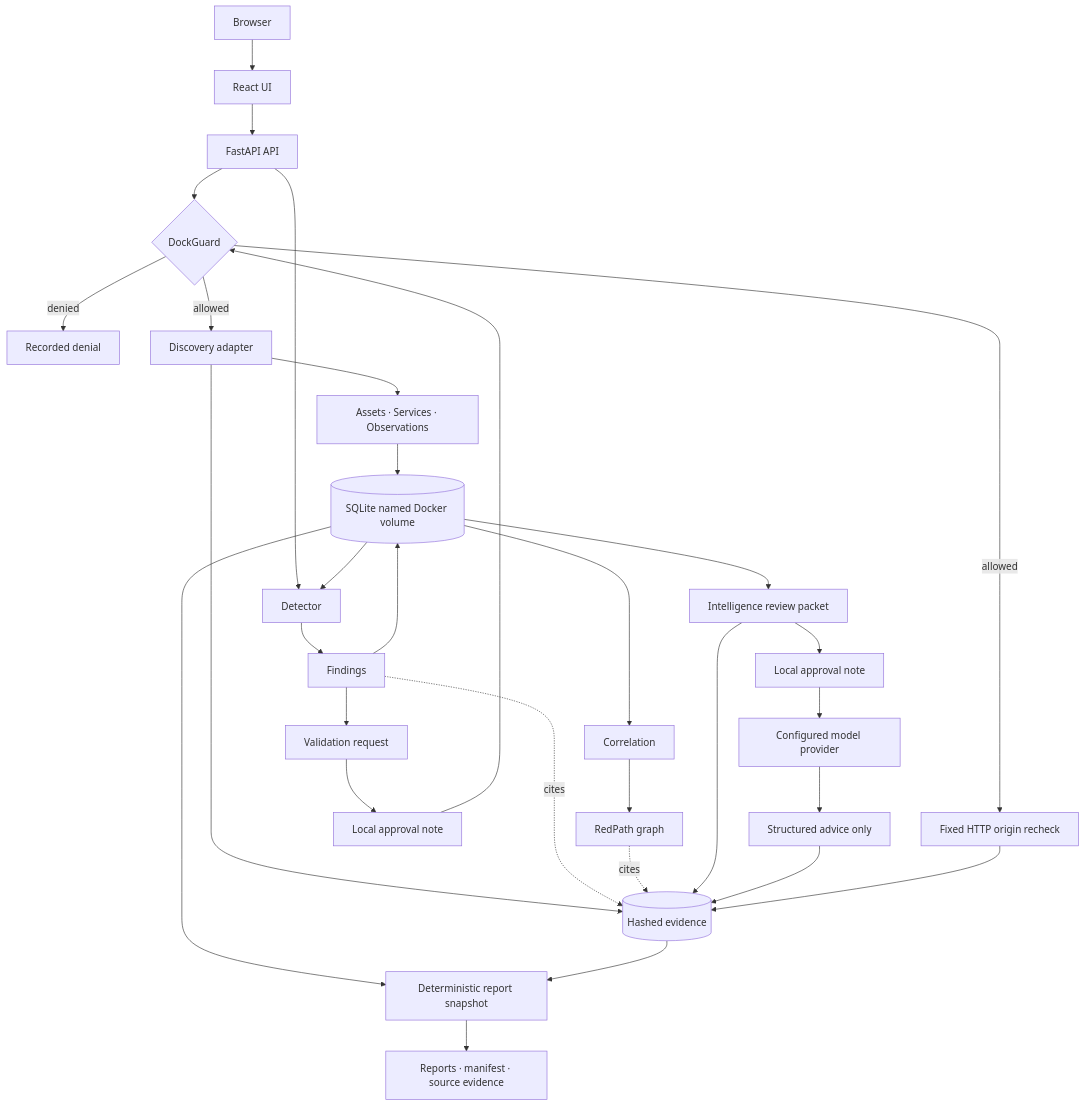
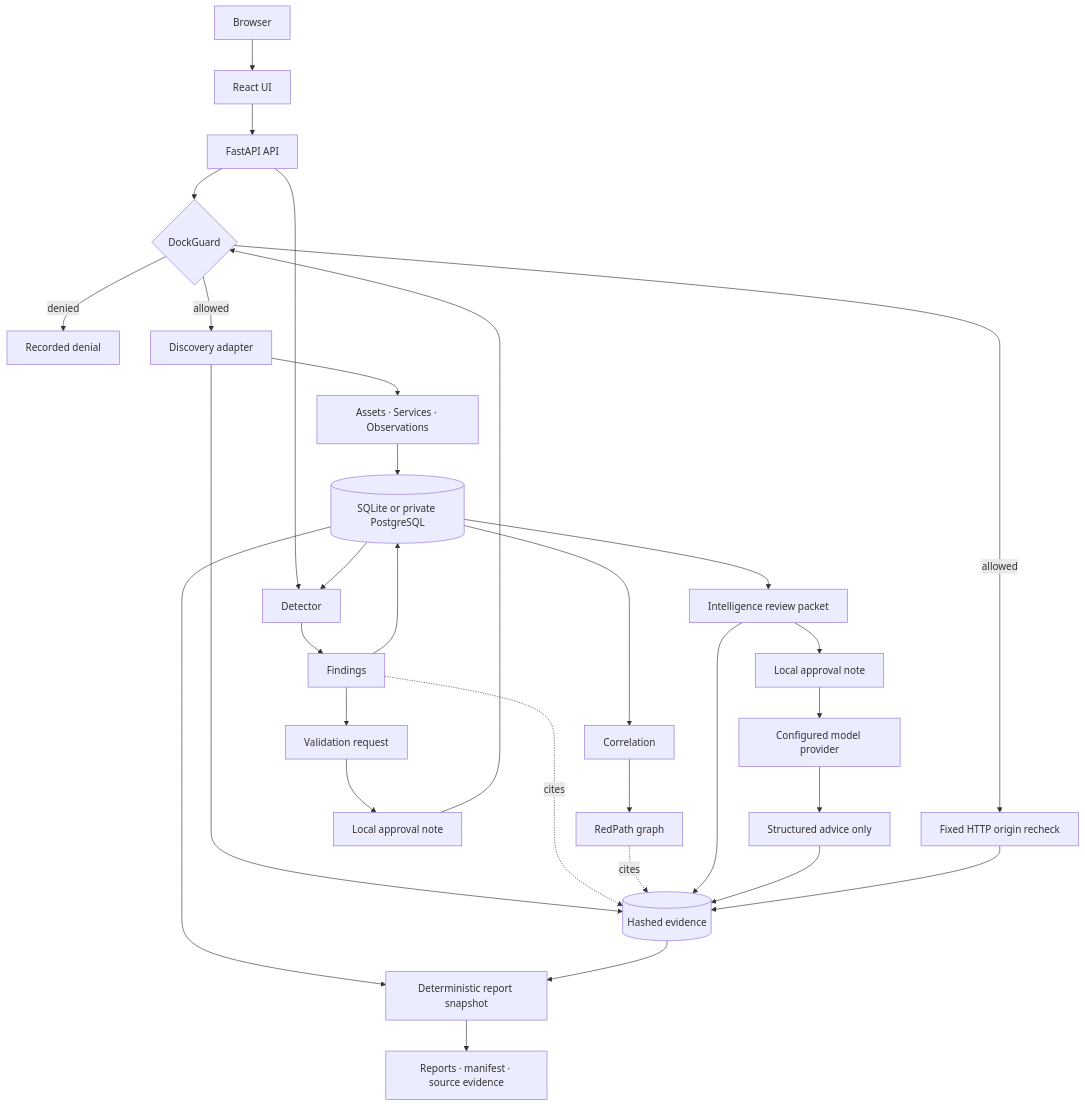
The diagram in README.md (chriswayneh/RedDock), drawn with Mermaid before and after one commit. The commit also changed other lines of this file and 19 other files, not shown here.

Commit message:
Add private PostgreSQL deployment profile

````diff
--- a/README.md
+++ b/README.md
@@ -177,33 +192,33 @@
 ```mermaid
 flowchart TB
   Browser[Browser] --> UI[React UI]
   UI --> API[FastAPI API]
   API --> Guard{DockGuard}
   Guard -->|denied| Audit[Recorded denial]
   Guard -->|allowed| Adapter[Discovery adapter]
   Adapter --> Normalize[Assets · Services · Observations]
-  Normalize --> Database[(SQLite named Docker volume)]
+  Normalize --> Database[(SQLite or private PostgreSQL)]
   Adapter --> Evidence[(Hashed evidence)]
   API --> Detect[Detector]
   Database --> Detect
   Detect --> Findings[Findings]
   Findings --> Database
   Findings -.cites.-> Evidence
   Database --> Correlate[Correlation]
   Correlate --> RedPath[RedPath graph]
   RedPath -.cites.-> Evidence
   Database --> Packet[Intelligence review packet]
   Packet --> Approval2[Local approval note]
   Approval2 --> Model[Configured model provider]
   Model --> Advice[Structured advice only]
   Packet --> Evidence
   Advice --> Evidence
   Database --> Report[Deterministic report snapshot]
   Evidence --> Report
   Report --> DockPack[Reports · manifest · source evidence]
   Findings --> Request[Validation request]
   Request --> Approval[Local approval note]
   Approval --> Guard
   Guard -->|allowed| Recheck[Fixed HTTP origin recheck]
   Recheck --> Evidence
 ```
````
